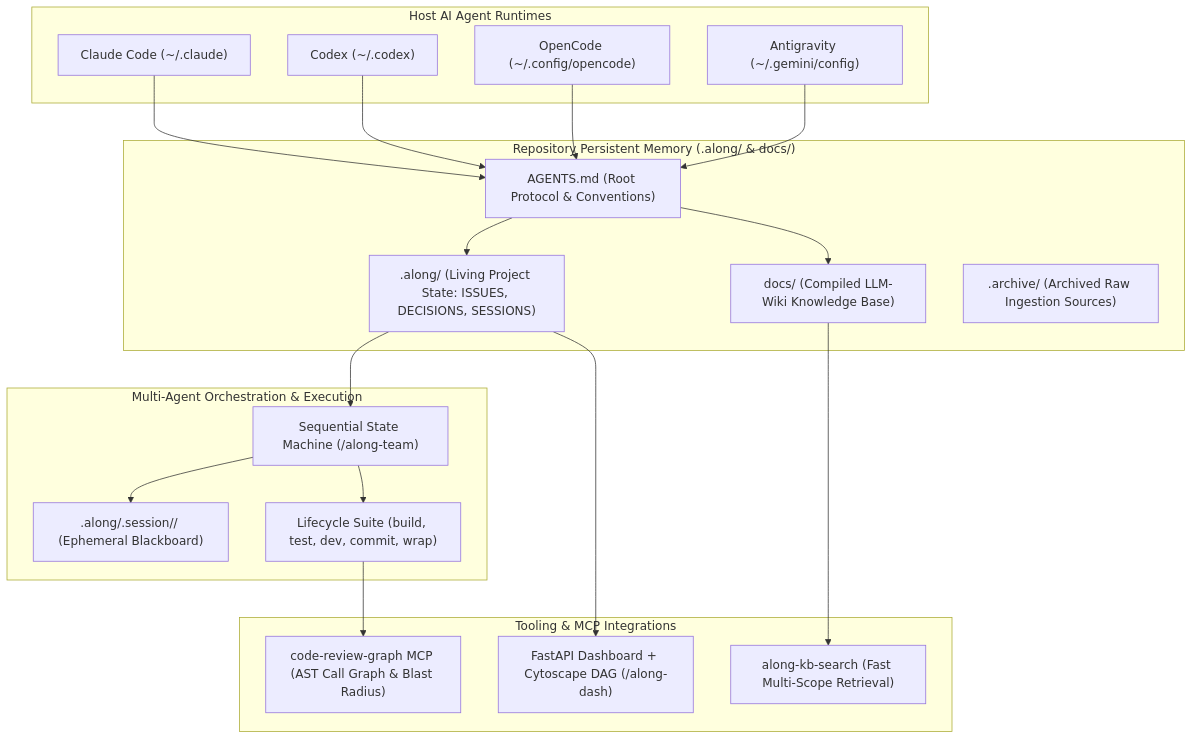
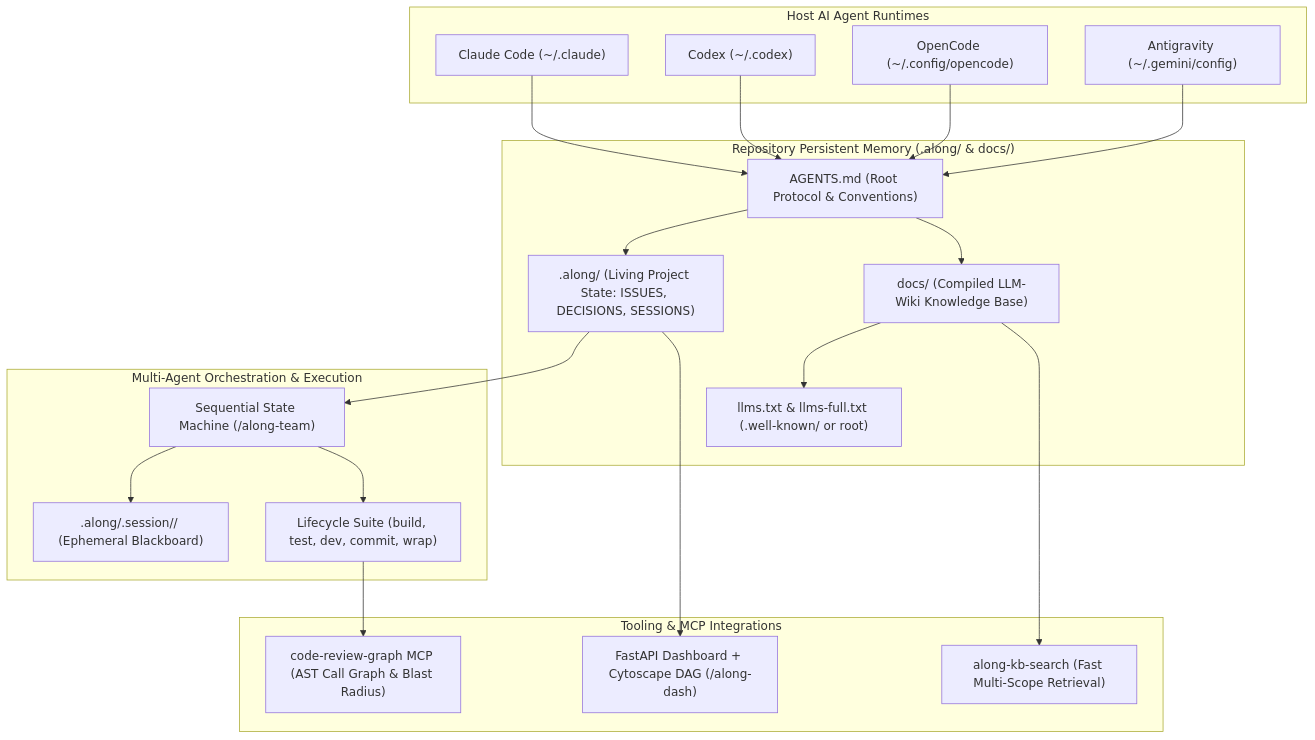
The first of 5 diagrams in docs/topic--architecture.md (actdim/agents), drawn with Mermaid before and after one commit. The commit also changed other lines of this file and 51 other files, not shown here.

Commit message:
fix: resolve quality defects in rules engine and execution guards (refs #recent-features-defects-and-guard-messages, #kb-source-provenance-and-reconstruction, #well-known-llms-and-context-discovery)

````diff
--- a/docs/topic--architecture.md
+++ b/docs/topic--architecture.md
@@ -22,42 +29,43 @@
 ```mermaid
 flowchart TD
     subgraph HostAgents["Host AI Agent Runtimes"]
         CC["Claude Code (~/.claude)"]
         CX["Codex (~/.codex)"]
         OC["OpenCode (~/.config/opencode)"]
         AG["Antigravity (~/.gemini/config)"]
     end
 
     subgraph MemoryLayer["Repository Persistent Memory (.along/ & docs/)"]
         AGENTS["AGENTS.md (Root Protocol & Conventions)"]
         ALONG_DIR[".along/ (Living Project State: ISSUES, DECISIONS, SESSIONS)"]
         DOCS["docs/ (Compiled LLM-Wiki Knowledge Base)"]
-        ARCHIVE[".archive/ (Archived Raw Ingestion Sources)"]
+        EXPORTS["llms.txt & llms-full.txt (.well-known/ or root)"]
     end
 
     subgraph MultiAgentEngine["Multi-Agent Orchestration & Execution"]
         TEAM["Sequential State Machine (/along-team)"]
         BLACKBOARD[".along/.session/<slug>/ (Ephemeral Blackboard)"]
         LIFECYCLE["Lifecycle Suite (build, test, dev, commit, wrap)"]
     end
 
     subgraph ToolingAndMCP["Tooling & MCP Integrations"]
         CRG["code-review-graph MCP (AST Call Graph & Blast Radius)"]
         WIKI_SEARCH["along-kb-search (Fast Multi-Scope Retrieval)"]
         DASH["FastAPI Dashboard + Cytoscape DAG (/along-dash)"]
     end
 
     CC --> AGENTS
     CX --> AGENTS
     OC --> AGENTS
     AG --> AGENTS
 
     AGENTS --> ALONG_DIR
     AGENTS --> DOCS
+    DOCS --> EXPORTS
     ALONG_DIR --> TEAM
     TEAM --> BLACKBOARD
     TEAM --> LIFECYCLE
     LIFECYCLE --> CRG
     DOCS --> WIKI_SEARCH
     ALONG_DIR --> DASH
 ```
````
